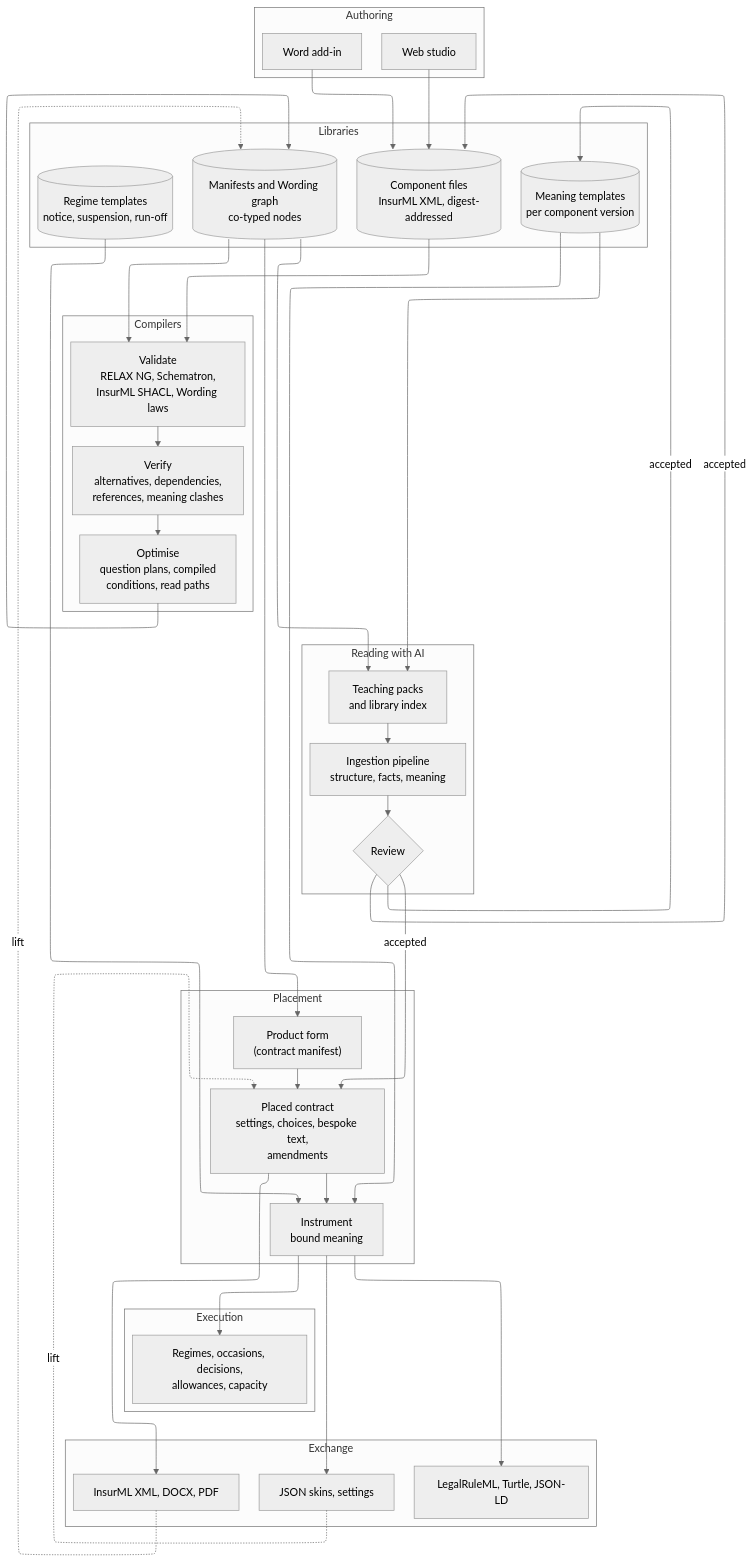
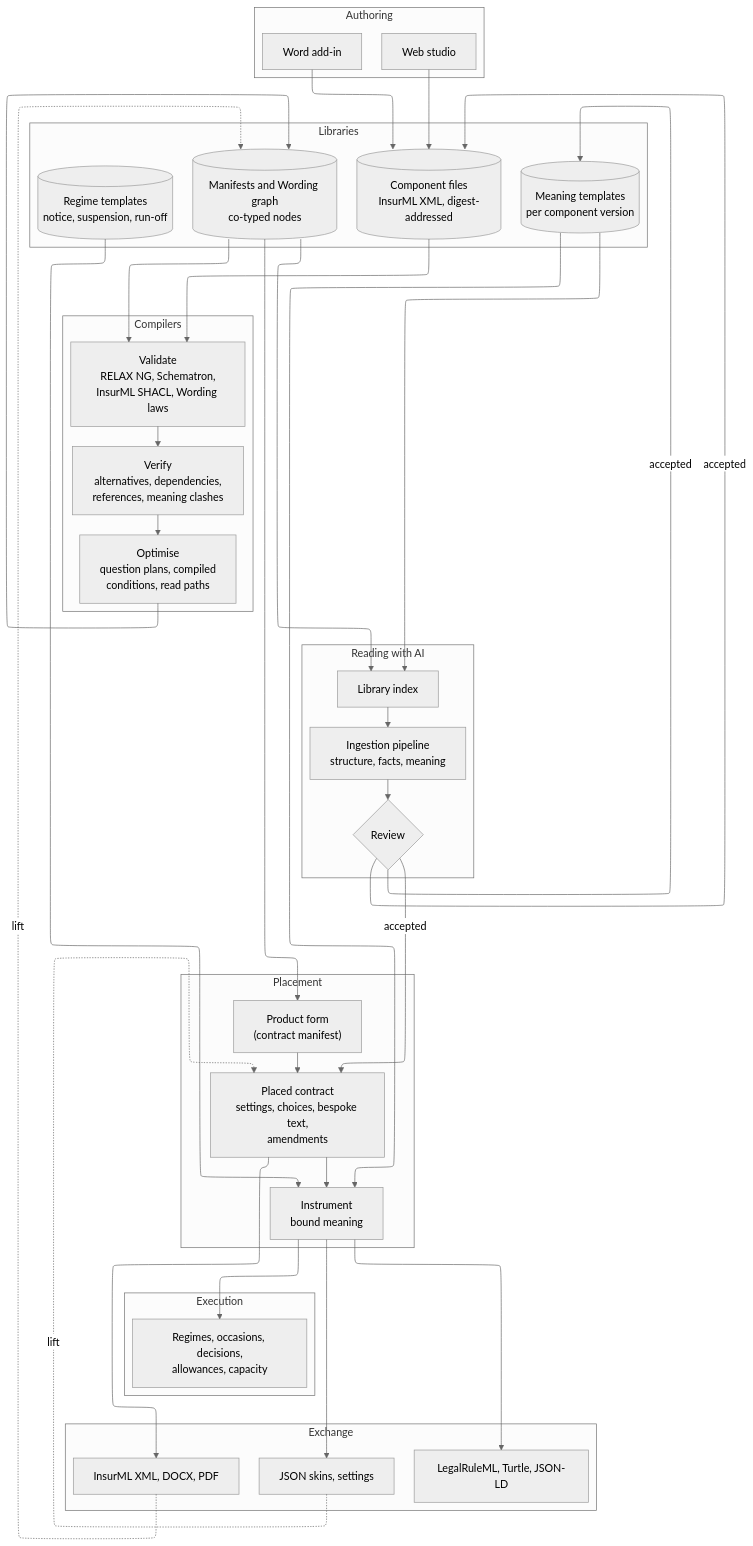
One commit to nebularis/lattice changed the first of 4 diagrams in docs/architecture/insurml-alignment-vision.md. Above: the diagram before and after it, drawn with Mermaid (neutral theme). The commit also changed other lines of this file and 4 other files, not shown here.

````diff
--- a/docs/architecture/insurml-alignment-vision.md
+++ b/docs/architecture/insurml-alignment-vision.md
@@ -94,59 +94,59 @@
 ```mermaid
 ---
 config:
   layout: elk
 ---
 flowchart TB
     subgraph AUTH["Authoring"]
         WA["Word add-in"]
         WS["Web studio"]
     end
     subgraph LIB["Libraries"]
         CX[("Component files<br/>InsurML XML, digest-addressed")]
         MF[("Manifests and Wording graph<br/>co-typed nodes")]
         MT[("Meaning templates<br/>per component version")]
         TL[("Regime templates<br/>notice, suspension, run-off")]
     end
     subgraph CMP["Compilers"]
         VAL["Validate<br/>RELAX NG, Schematron,<br/>InsurML SHACL, Wording laws"]
         VER["Verify<br/>alternatives, dependencies,<br/>references, meaning clashes"]
         OPT["Optimise<br/>question plans, compiled<br/>conditions, read paths"]
     end
     subgraph PLC["Placement"]
         PR["Product form<br/>(contract manifest)"]
         PL["Placed contract<br/>settings, choices, bespoke text,<br/>amendments"]
         IN["Instrument<br/>bound meaning"]
     end
     subgraph RUN["Execution"]
         EV["Regimes, occasions, decisions,<br/>allowances, capacity"]
     end
     subgraph EXC["Exchange"]
         XO["InsurML XML, DOCX, PDF"]
         JO["JSON skins, settings"]
         RO["LegalRuleML, Turtle, JSON-LD"]
     end
     subgraph AI["Reading with AI"]
-        TP["Teaching packs<br/>and library index"]
+        TP["Library index"]
         IG["Ingestion pipeline<br/>structure, facts, meaning"]
         RV{"Review"}
     end
     WA --> CX
     WS --> CX
     CX --> VAL --> VER --> OPT
     MF --> VAL
     OPT --> MF
     MT --> IN
     TL --> IN
     MF --> PR --> PL --> IN --> EV
     PL --> XO
     IN --> JO
     IN --> RO
     XO -. "lift" .-> MF
     JO -. "lift" .-> PL
     TP --> IG --> RV
     RV -- "accepted" --> CX
     RV -- "accepted" --> MT
     RV -- "accepted" --> PL
     MF --> TP
     MT --> TP
 ```
````
